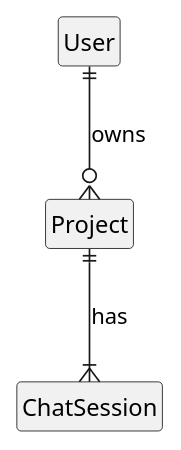
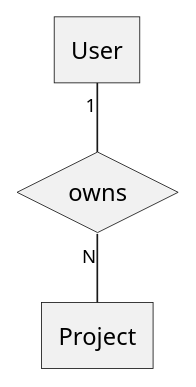
Before and after one commit to mit-suu/flintflow_be: the third of 4 diagrams in assets/skills/action/plantuml-conventions/references/kinds.md, drawn with PlantUML. The commit also changed other lines of this file and 12 other files, not shown here.

First line of the commit message:
FLF-225: ERD ký pháp Chen — động từ, bản số, liên kết tuỳ chọn, entity gốc

````diff
--- a/assets/skills/action/plantuml-conventions/references/kinds.md
+++ b/assets/skills/action/plantuml-conventions/references/kinds.md
@@ -94,12 +97,15 @@
 ```plantuml
-@startuml
+@startchen
 skinparam monochrome true
-hide circle
-hide empty members
-entity "User" as E1
-entity "Project" as E2
-entity "ChatSession" as E3
-E1 ||--o{ E2 : owns
-E2 ||--|{ E3 : has
-@enduml
+skinparam ranksep 20
+skinparam linetype ortho
+entity "User" as E1 {
+}
+entity "Project" as E2 {
+}
+relationship "owns" as R_E1_E2 {
+}
+E1 -1- R_E1_E2
+R_E1_E2 -N- E2
+@endchen
 ```
````
